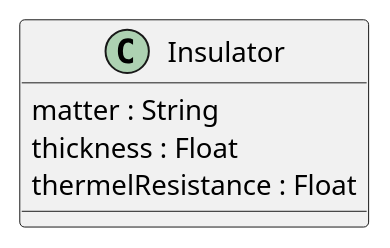
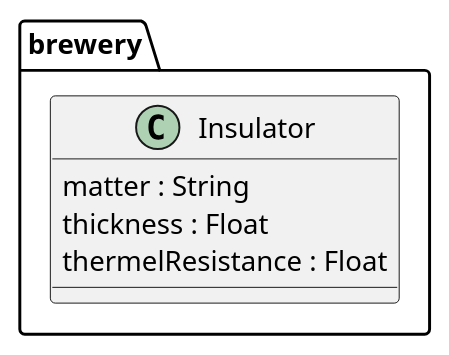
The diagram in src/class/include/insulator.iuml (beerfactory/brewbox-uml), drawn with PlantUML before and after one commit. The commit also changed 32 other files, not shown here.

```diff
--- a/src/class/include/insulator.iuml
+++ b/src/class/include/insulator.iuml
@@ -1,5 +1,7 @@
-class Insulator {
-    matter : String
-    thickness : Float
-    thermelResistance : Float
+package brewery {
+	class Insulator {
+	    matter : String
+	    thickness : Float
+	    thermelResistance : Float
+	}
 }
```
